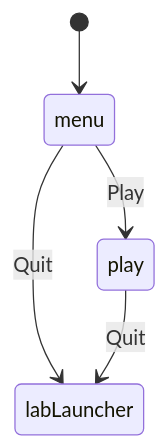
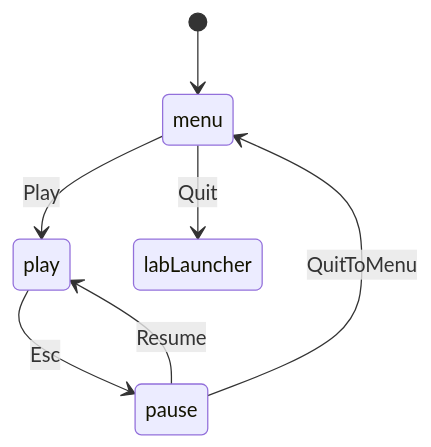
One commit to kblaszki/godot-game changed the first of 4 diagrams in games/gridward/docs/explanation/flow.md. Above: the diagram before and after it, drawn with Mermaid. The commit also changed other lines of this file and 10 other files, not shown here.

First line of the commit message:
Wire Gridward play HUD and pause to sim commands.

````diff
--- a/games/gridward/docs/explanation/flow.md
+++ b/games/gridward/docs/explanation/flow.md
@@ -26,7 +27,9 @@
 ```mermaid
 stateDiagram-v2
   [*] --> menu
   menu --> play: Play
   menu --> labLauncher: Quit
-  play --> labLauncher: Quit
+  play --> pause: Esc
+  pause --> play: Resume
+  pause --> menu: QuitToMenu
 ```
````
